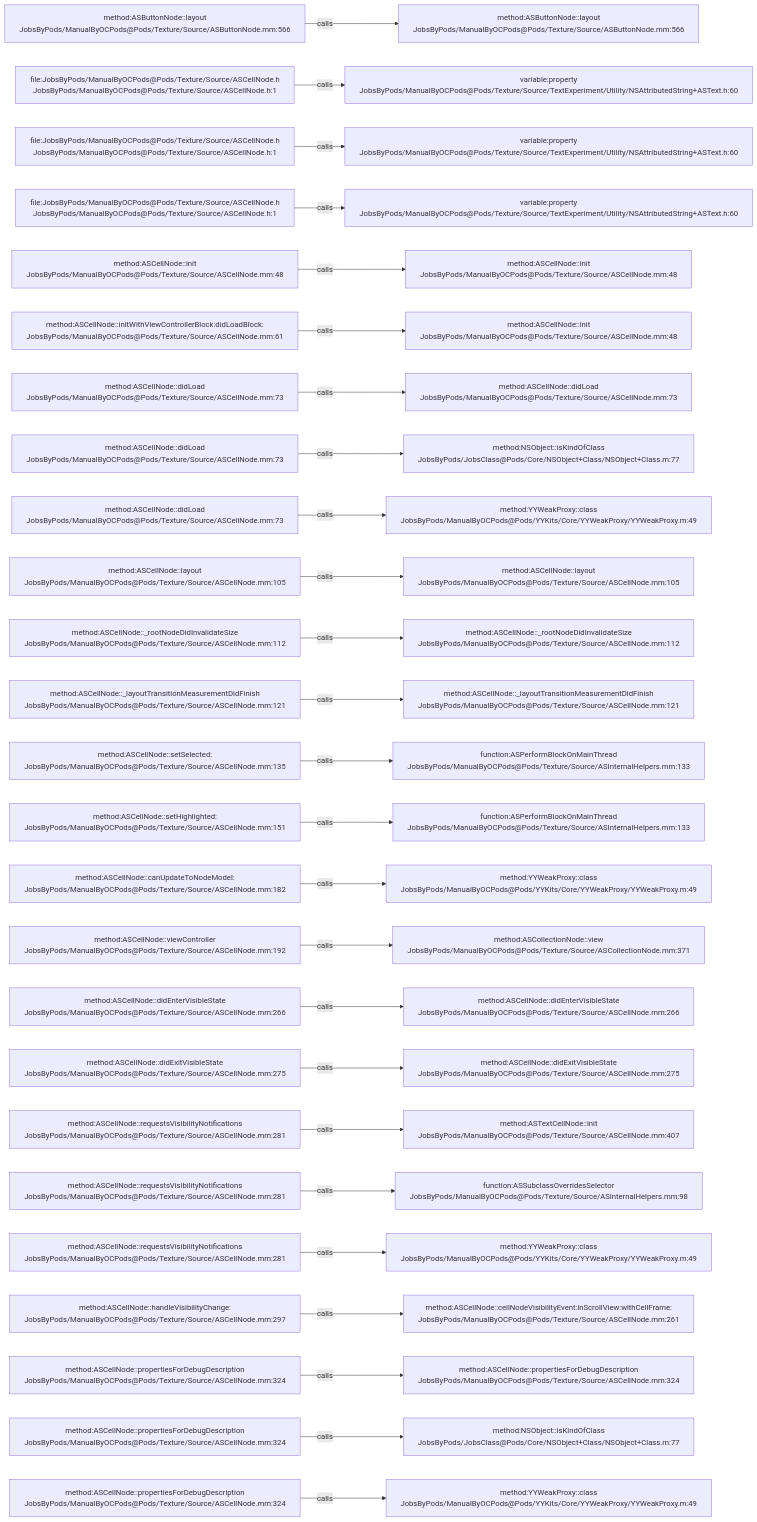
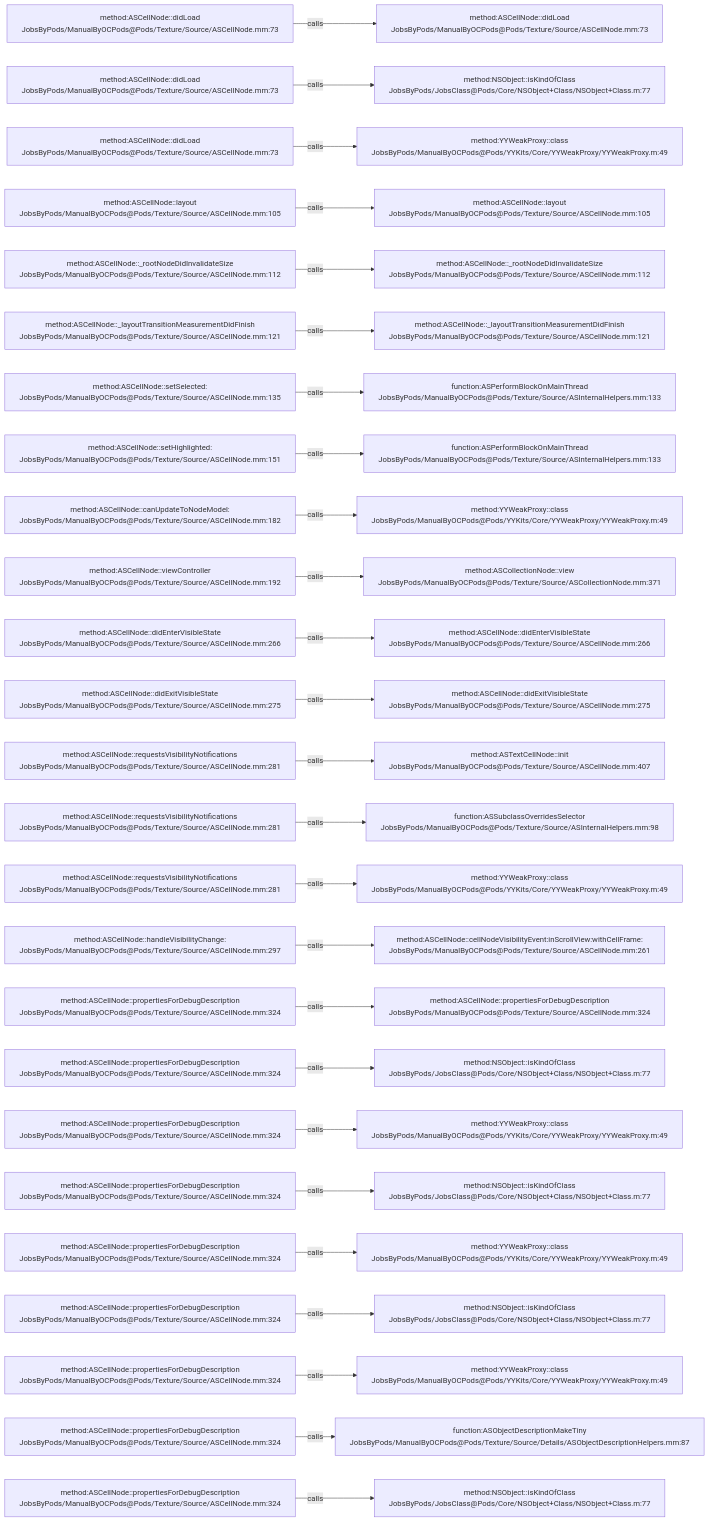
One commit to JobsKits/JobsOCBaseConfigDemo changed the diagram in .codegraph/codegraph.md/graphs/calls-065.md. Above: the diagram before and after it, drawn with Mermaid. The commit also changed 666 other files, not shown here.

````diff
--- a/.codegraph/codegraph.md/graphs/calls-065.md
+++ b/.codegraph/codegraph.md/graphs/calls-065.md
@@ -13,78 +13,78 @@
 ```mermaid
 flowchart LR
-  S1["method:ASButtonNode::layout<br/>JobsByPods/ManualByOCPods@Pods/Texture/Source/ASButtonNode.mm:566"]
-  T1["method:ASButtonNode::layout<br/>JobsByPods/ManualByOCPods@Pods/Texture/Source/ASButtonNode.mm:566"]
+  S1["method:ASCellNode::didLoad<br/>JobsByPods/ManualByOCPods@Pods/Texture/Source/ASCellNode.mm:73"]
+  T1["method:ASCellNode::didLoad<br/>JobsByPods/ManualByOCPods@Pods/Texture/Source/ASCellNode.mm:73"]
   S1 -->|calls| T1
-  S2["file:JobsByPods/ManualByOCPods@Pods/Texture/Source/ASCellNode.h<br/>JobsByPods/ManualByOCPods@Pods/Texture/Source/ASCellNode.h:1"]
-  T2["variable:property<br/>JobsByPods/ManualByOCPods@Pods/Texture/Source/TextExperiment/Utility/NSAttributedString+ASText.h:60"]
+  S2["method:ASCellNode::didLoad<br/>JobsByPods/ManualByOCPods@Pods/Texture/Source/ASCellNode.mm:73"]
+  T2["method:NSObject::isKindOfClass<br/>JobsByPods/JobsClass@Pods/Core/NSObject+Class/NSObject+Class.m:77"]
   S2 -->|calls| T2
-  S3["file:JobsByPods/ManualByOCPods@Pods/Texture/Source/ASCellNode.h<br/>JobsByPods/ManualByOCPods@Pods/Texture/Source/ASCellNode.h:1"]
-  T3["variable:property<br/>JobsByPods/ManualByOCPods@Pods/Texture/Source/TextExperiment/Utility/NSAttributedString+ASText.h:60"]
+  S3["method:ASCellNode::didLoad<br/>JobsByPods/ManualByOCPods@Pods/Texture/Source/ASCellNode.mm:73"]
+  T3["method:YYWeakProxy::class<br/>JobsByPods/ManualByOCPods@Pods/YYKits/Core/YYWeakProxy/YYWeakProxy.m:49"]
   S3 -->|calls| T3
-  S4["file:JobsByPods/ManualByOCPods@Pods/Texture/Source/ASCellNode.h<br/>JobsByPods/ManualByOCPods@Pods/Texture/Source/ASCellNode.h:1"]
-  T4["variable:property<br/>JobsByPods/ManualByOCPods@Pods/Texture/Source/TextExperiment/Utility/NSAttributedString+ASText.h:60"]
+  S4["method:ASCellNode::layout<br/>JobsByPods/ManualByOCPods@Pods/Texture/Source/ASCellNode.mm:105"]
+  T4["method:ASCellNode::layout<br/>JobsByPods/ManualByOCPods@Pods/Texture/Source/ASCellNode.mm:105"]
   S4 -->|calls| T4
-  S5["method:ASCellNode::init<br/>JobsByPods/ManualByOCPods@Pods/Texture/Source/ASCellNode.mm:48"]
-  T5["method:ASCellNode::init<br/>JobsByPods/ManualByOCPods@Pods/Texture/Source/ASCellNode.mm:48"]
+  S5["method:ASCellNode::_rootNodeDidInvalidateSize<br/>JobsByPods/ManualByOCPods@Pods/Texture/Source/ASCellNode.mm:112"]
+  T5["method:ASCellNode::_rootNodeDidInvalidateSize<br/>JobsByPods/ManualByOCPods@Pods/Texture/Source/ASCellNode.mm:112"]
   S5 -->|calls| T5
-  S6["method:ASCellNode::initWithViewControllerBlock:didLoadBlock:<br/>JobsByPods/ManualByOCPods@Pods/Texture/Source/ASCellNode.mm:61"]
-  T6["method:ASCellNode::init<br/>JobsByPods/ManualByOCPods@Pods/Texture/Source/ASCellNode.mm:48"]
+  S6["method:ASCellNode::_layoutTransitionMeasurementDidFinish<br/>JobsByPods/ManualByOCPods@Pods/Texture/Source/ASCellNode.mm:121"]
+  T6["method:ASCellNode::_layoutTransitionMeasurementDidFinish<br/>JobsByPods/ManualByOCPods@Pods/Texture/Source/ASCellNode.mm:121"]
   S6 -->|calls| T6
-  S7["method:ASCellNode::didLoad<br/>JobsByPods/ManualByOCPods@Pods/Texture/Source/ASCellNode.mm:73"]
-  T7["method:ASCellNode::didLoad<br/>JobsByPods/ManualByOCPods@Pods/Texture/Source/ASCellNode.mm:73"]
+  S7["method:ASCellNode::setSelected:<br/>JobsByPods/ManualByOCPods@Pods/Texture/Source/ASCellNode.mm:135"]
+  T7["function:ASPerformBlockOnMainThread<br/>JobsByPods/ManualByOCPods@Pods/Texture/Source/ASInternalHelpers.mm:133"]
   S7 -->|calls| T7
-  S8["method:ASCellNode::didLoad<br/>JobsByPods/ManualByOCPods@Pods/Texture/Source/ASCellNode.mm:73"]
-  T8["method:NSObject::isKindOfClass<br/>JobsByPods/JobsClass@Pods/Core/NSObject+Class/NSObject+Class.m:77"]
+  S8["method:ASCellNode::setHighlighted:<br/>JobsByPods/ManualByOCPods@Pods/Texture/Source/ASCellNode.mm:151"]
+  T8["function:ASPerformBlockOnMainThread<br/>JobsByPods/ManualByOCPods@Pods/Texture/Source/ASInternalHelpers.mm:133"]
   S8 -->|calls| T8
-  S9["method:ASCellNode::didLoad<br/>JobsByPods/ManualByOCPods@Pods/Texture/Source/ASCellNode.mm:73"]
+  S9["method:ASCellNode::canUpdateToNodeModel:<br/>JobsByPods/ManualByOCPods@Pods/Texture/Source/ASCellNode.mm:182"]
   T9["method:YYWeakProxy::class<br/>JobsByPods/ManualByOCPods@Pods/YYKits/Core/YYWeakProxy/YYWeakProxy.m:49"]
   S9 -->|calls| T9
-  S10["method:ASCellNode::layout<br/>JobsByPods/ManualByOCPods@Pods/Texture/Source/ASCellNode.mm:105"]
-  T10["method:ASCellNode::layout<br/>JobsByPods/ManualByOCPods@Pods/Texture/Source/ASCellNode.mm:105"]
+  S10["method:ASCellNode::viewController<br/>JobsByPods/ManualByOCPods@Pods/Texture/Source/ASCellNode.mm:192"]
+  T10["method:ASCollectionNode::view<br/>JobsByPods/ManualByOCPods@Pods/Texture/Source/ASCollectionNode.mm:371"]
   S10 -->|calls| T10
-  S11["method:ASCellNode::_rootNodeDidInvalidateSize<br/>JobsByPods/ManualByOCPods@Pods/Texture/Source/ASCellNode.mm:112"]
-  T11["method:ASCellNode::_rootNodeDidInvalidateSize<br/>JobsByPods/ManualByOCPods@Pods/Texture/Source/ASCellNode.mm:112"]
+  S11["method:ASCellNode::didEnterVisibleState<br/>JobsByPods/ManualByOCPods@Pods/Texture/Source/ASCellNode.mm:266"]
+  T11["method:ASCellNode::didEnterVisibleState<br/>JobsByPods/ManualByOCPods@Pods/Texture/Source/ASCellNode.mm:266"]
   S11 -->|calls| T11
-  S12["method:ASCellNode::_layoutTransitionMeasurementDidFinish<br/>JobsByPods/ManualByOCPods@Pods/Texture/Source/ASCellNode.mm:121"]
-  T12["method:ASCellNode::_layoutTransitionMeasurementDidFinish<br/>JobsByPods/ManualByOCPods@Pods/Texture/Source/ASCellNode.mm:121"]
+  S12["method:ASCellNode::didExitVisibleState<br/>JobsByPods/ManualByOCPods@Pods/Texture/Source/ASCellNode.mm:275"]
+  T12["method:ASCellNode::didExitVisibleState<br/>JobsByPods/ManualByOCPods@Pods/Texture/Source/ASCellNode.mm:275"]
   S12 -->|calls| T12
-  S13["method:ASCellNode::setSelected:<br/>JobsByPods/ManualByOCPods@Pods/Texture/Source/ASCellNode.mm:135"]
-  T13["function:ASPerformBlockOnMainThread<br/>JobsByPods/ManualByOCPods@Pods/Texture/Source/ASInternalHelpers.mm:133"]
+  S13["method:ASCellNode::requestsVisibilityNotifications<br/>JobsByPods/ManualByOCPods@Pods/Texture/Source/ASCellNode.mm:281"]
+  T13["method:ASTextCellNode::init<br/>JobsByPods/ManualByOCPods@Pods/Texture/Source/ASCellNode.mm:407"]
   S13 -->|calls| T13
-  S14["method:ASCellNode::setHighlighted:<br/>JobsByPods/ManualByOCPods@Pods/Texture/Source/ASCellNode.mm:151"]
-  T14["function:ASPerformBlockOnMainThread<br/>JobsByPods/ManualByOCPods@Pods/Texture/Source/ASInternalHelpers.mm:133"]
+  S14["method:ASCellNode::requestsVisibilityNotifications<br/>JobsByPods/ManualByOCPods@Pods/Texture/Source/ASCellNode.mm:281"]
+  T14["function:ASSubclassOverridesSelector<br/>JobsByPods/ManualByOCPods@Pods/Texture/Source/ASInternalHelpers.mm:98"]
   S14 -->|calls| T14
-  S15["method:ASCellNode::canUpdateToNodeModel:<br/>JobsByPods/ManualByOCPods@Pods/Texture/Source/ASCellNode.mm:182"]
+  S15["method:ASCellNode::requestsVisibilityNotifications<br/>JobsByPods/ManualByOCPods@Pods/Texture/Source/ASCellNode.mm:281"]
   T15["method:YYWeakProxy::class<br/>JobsByPods/ManualByOCPods@Pods/YYKits/Core/YYWeakProxy/YYWeakProxy.m:49"]
   S15 -->|calls| T15
-  S16["method:ASCellNode::viewController<br/>JobsByPods/ManualByOCPods@Pods/Texture/Source/ASCellNode.mm:192"]
-  T16["method:ASCollectionNode::view<br/>JobsByPods/ManualByOCPods@Pods/Texture/Source/ASCollectionNode.mm:371"]
+  S16["method:ASCellNode::handleVisibilityChange:<br/>JobsByPods/ManualByOCPods@Pods/Texture/Source/ASCellNode.mm:297"]
+  T16["method:ASCellNode::cellNodeVisibilityEvent:inScrollView:withCellFrame:<br/>JobsByPods/ManualByOCPods@Pods/Texture/Source/ASCellNode.mm:261"]
   S16 -->|calls| T16
-  S17["method:ASCellNode::didEnterVisibleState<br/>JobsByPods/ManualByOCPods@Pods/Texture/Source/ASCellNode.mm:266"]
-  T17["method:ASCellNode::didEnterVisibleState<br/>JobsByPods/ManualByOCPods@Pods/Texture/Source/ASCellNode.mm:266"]
+  S17["method:ASCellNode::propertiesForDebugDescription<br/>JobsByPods/ManualByOCPods@Pods/Texture/Source/ASCellNode.mm:324"]
+  T17["method:ASCellNode::propertiesForDebugDescription<br/>JobsByPods/ManualByOCPods@Pods/Texture/Source/ASCellNode.mm:324"]
   S17 -->|calls| T17
-  S18["method:ASCellNode::didExitVisibleState<br/>JobsByPods/ManualByOCPods@Pods/Texture/Source/ASCellNode.mm:275"]
-  T18["method:ASCellNode::didExitVisibleState<br/>JobsByPods/ManualByOCPods@Pods/Texture/Source/ASCellNode.mm:275"]
+  S18["method:ASCellNode::propertiesForDebugDescription<br/>JobsByPods/ManualByOCPods@Pods/Texture/Source/ASCellNode.mm:324"]
+  T18["method:NSObject::isKindOfClass<br/>JobsByPods/JobsClass@Pods/Core/NSObject+Class/NSObject+Class.m:77"]
   S18 -->|calls| T18
-  S19["method:ASCellNode::requestsVisibilityNotifications<br/>JobsByPods/ManualByOCPods@Pods/Texture/Source/ASCellNode.mm:281"]
-  T19["method:ASTextCellNode::init<br/>JobsByPods/ManualByOCPods@Pods/Texture/Source/ASCellNode.mm:407"]
+  S19["method:ASCellNode::propertiesForDebugDescription<br/>JobsByPods/ManualByOCPods@Pods/Texture/Source/ASCellNode.mm:324"]
+  T19["method:YYWeakProxy::class<br/>JobsByPods/ManualByOCPods@Pods/YYKits/Core/YYWeakProxy/YYWeakProxy.m:49"]
   S19 -->|calls| T19
-  S20["method:ASCellNode::requestsVisibilityNotifications<br/>JobsByPods/ManualByOCPods@Pods/Texture/Source/ASCellNode.mm:281"]
-  T20["function:ASSubclassOverridesSelector<br/>JobsByPods/ManualByOCPods@Pods/Texture/Source/ASInternalHelpers.mm:98"]
+  S20["method:ASCellNode::propertiesForDebugDescription<br/>JobsByPods/ManualByOCPods@Pods/Texture/Source/ASCellNode.mm:324"]
+  T20["method:NSObject::isKindOfClass<br/>JobsByPods/JobsClass@Pods/Core/NSObject+Class/NSObject+Class.m:77"]
   S20 -->|calls| T20
-  S21["method:ASCellNode::requestsVisibilityNotifications<br/>JobsByPods/ManualByOCPods@Pods/Texture/Source/ASCellNode.mm:281"]
+  S21["method:ASCellNode::propertiesForDebugDescription<br/>JobsByPods/ManualByOCPods@Pods/Texture/Source/ASCellNode.mm:324"]
   T21["method:YYWeakProxy::class<br/>JobsByPods/ManualByOCPods@Pods/YYKits/Core/YYWeakProxy/YYWeakProxy.m:49"]
   S21 -->|calls| T21
-  S22["method:ASCellNode::handleVisibilityChange:<br/>JobsByPods/ManualByOCPods@Pods/Texture/Source/ASCellNode.mm:297"]
-  T22["method:ASCellNode::cellNodeVisibilityEvent:inScrollView:withCellFrame:<br/>JobsByPods/ManualByOCPods@Pods/Texture/Source/ASCellNode.mm:261"]
+  S22["method:ASCellNode::propertiesForDebugDescription<br/>JobsByPods/ManualByOCPods@Pods/Texture/Source/ASCellNode.mm:324"]
+  T22["method:NSObject::isKindOfClass<br/>JobsByPods/JobsClass@Pods/Core/NSObject+Class/NSObject+Class.m:77"]
   S22 -->|calls| T22
   S23["method:ASCellNode::propertiesForDebugDescription<br/>JobsByPods/ManualByOCPods@Pods/Texture/Source/ASCellNode.mm:324"]
-  T23["method:ASCellNode::propertiesForDebugDescription<br/>JobsByPods/ManualByOCPods@Pods/Texture/Source/ASCellNode.mm:324"]
+  T23["method:YYWeakProxy::class<br/>JobsByPods/ManualByOCPods@Pods/YYKits/Core/YYWeakProxy/YYWeakProxy.m:49"]
   S23 -->|calls| T23
   S24["method:ASCellNode::propertiesForDebugDescription<br/>JobsByPods/ManualByOCPods@Pods/Texture/Source/ASCellNode.mm:324"]
-  T24["method:NSObject::isKindOfClass<br/>JobsByPods/JobsClass@Pods/Core/NSObject+Class/NSObject+Class.m:77"]
+  T24["function:ASObjectDescriptionMakeTiny<br/>JobsByPods/ManualByOCPods@Pods/Texture/Source/Details/ASObjectDescriptionHelpers.mm:87"]
   S24 -->|calls| T24
   S25["method:ASCellNode::propertiesForDebugDescription<br/>JobsByPods/ManualByOCPods@Pods/Texture/Source/ASCellNode.mm:324"]
-  T25["method:YYWeakProxy::class<br/>JobsByPods/ManualByOCPods@Pods/YYKits/Core/YYWeakProxy/YYWeakProxy.m:49"]
+  T25["method:NSObject::isKindOfClass<br/>JobsByPods/JobsClass@Pods/Core/NSObject+Class/NSObject+Class.m:77"]
   S25 -->|calls| T25
 ```
````
